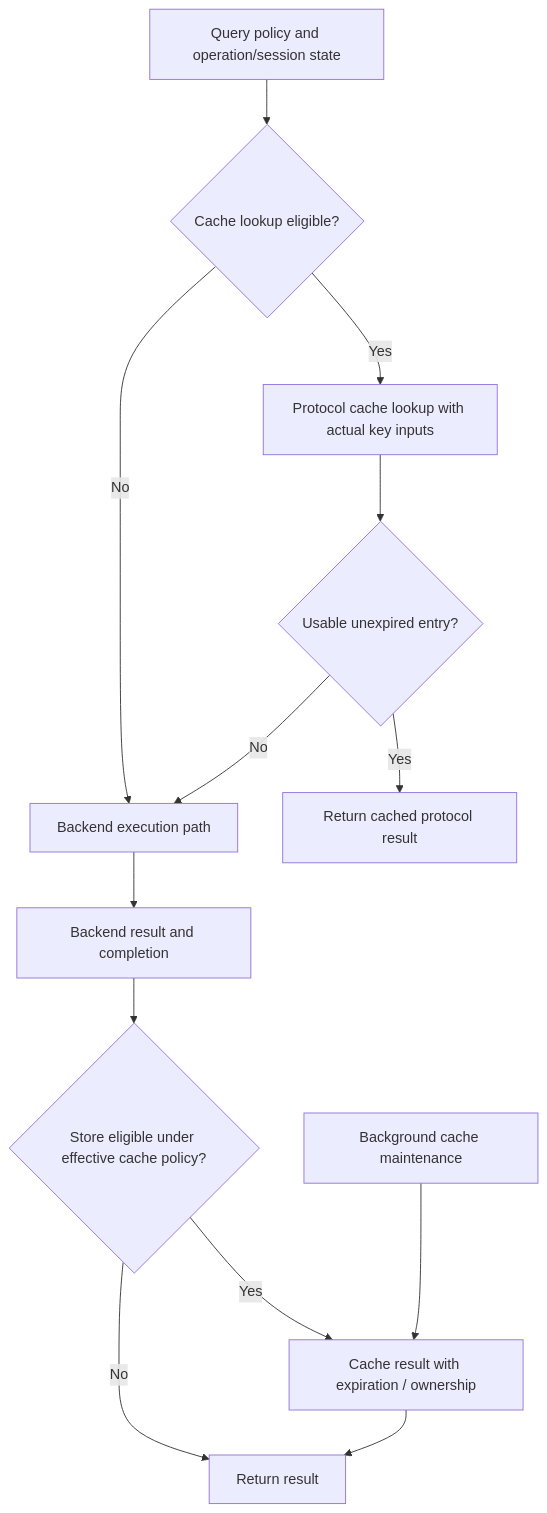
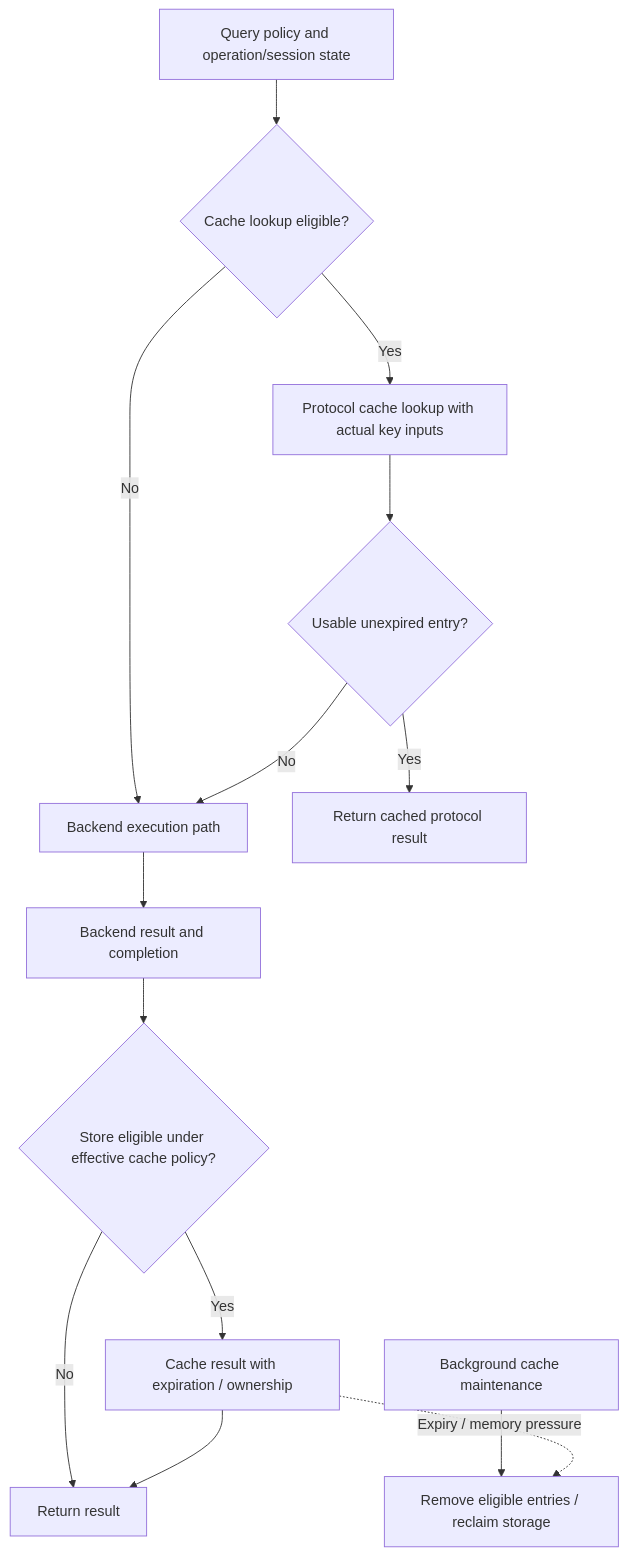
One commit to sysown/proxysql changed the eighth of 18 diagrams in doc/ai-generated/architecture/VISUAL-GUIDE.md. Above: the diagram before and after it, drawn with Mermaid. The commit also changed other lines of this file and 21 other files, not shown here.

First line of the commit message:
docs: address architecture review feedback [skip-ci] [skip ci]

````diff
--- a/doc/ai-generated/architecture/VISUAL-GUIDE.md
+++ b/doc/ai-generated/architecture/VISUAL-GUIDE.md
@@ -240,15 +240,16 @@
 ```mermaid
 flowchart TB
     Policy[Query policy and operation/session state] --> Eligible{Cache lookup eligible?}
     Eligible -->|No| Borrow[Backend execution path]
     Eligible -->|Yes| Lookup[Protocol cache lookup with actual key inputs]
     Lookup --> Hit{Usable unexpired entry?}
     Hit -->|Yes| Return[Return cached protocol result]
     Hit -->|No| Borrow
     Borrow --> Complete[Backend result and completion]
     Complete --> Store{Store eligible under effective cache policy?}
     Store -->|Yes| Entry[Cache result with expiration / ownership]
     Store -->|No| Response[Return result]
     Entry --> Response
-    Purge[Background cache maintenance] --> Entry
+    Purge[Background cache maintenance] --> Evict[Remove eligible entries / reclaim storage]
+    Entry -.->|Expiry / memory pressure| Evict
 ```
````
